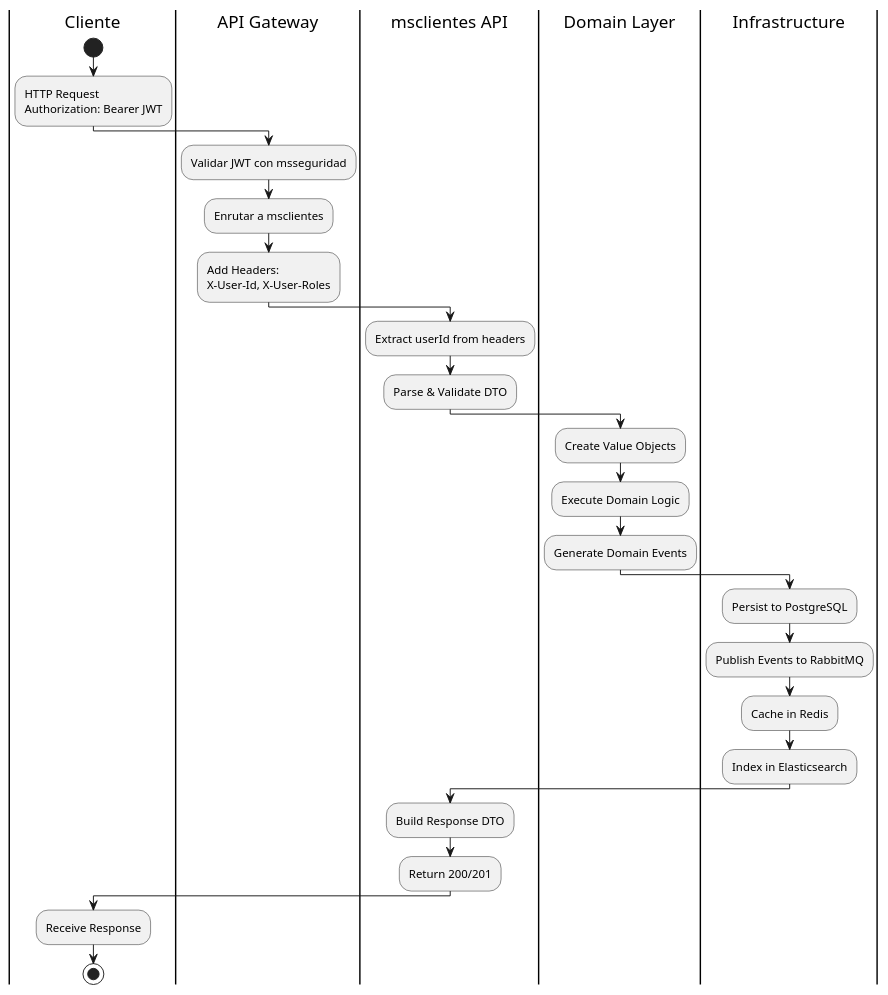
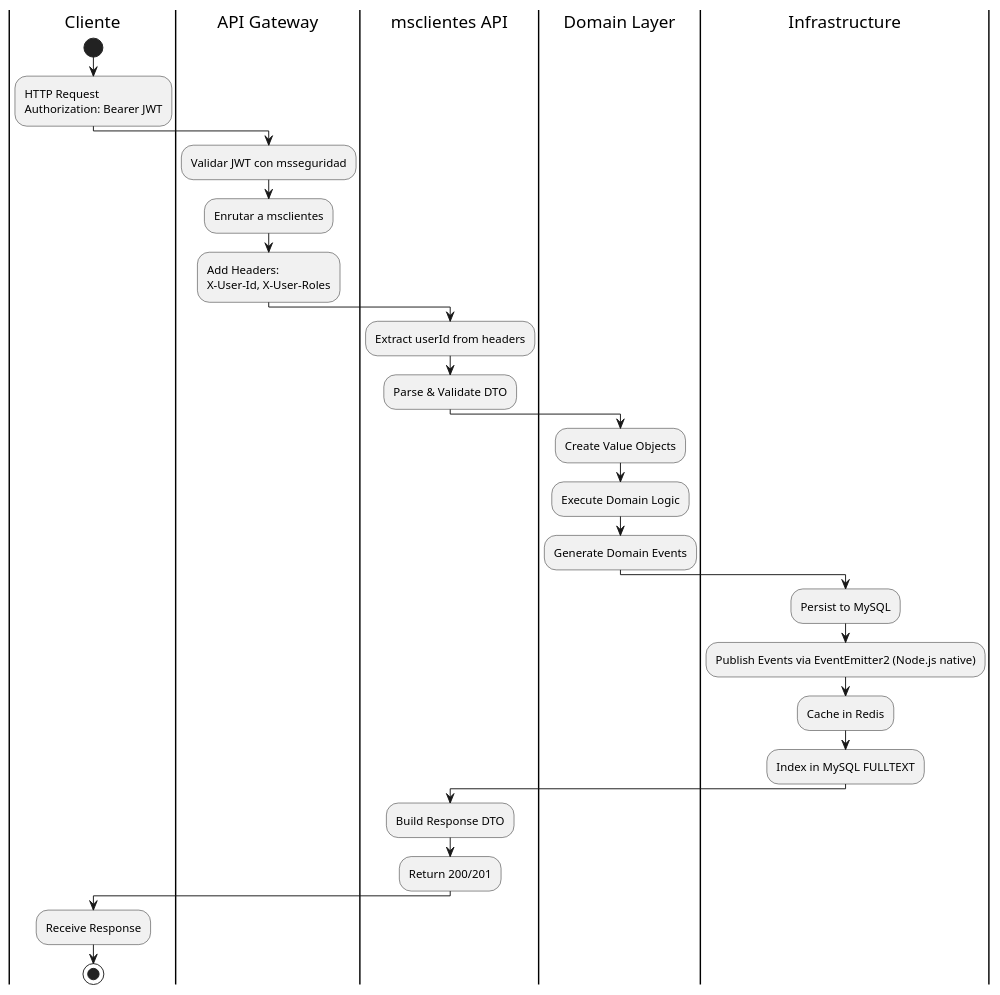
Before and after one commit to eugarte/msclientes: the third of 7 diagrams in docs/PROPUESTA_IMPLEMENTACION.md, drawn with PlantUML. The commit also changed other lines of this file, not shown here.

Commit message:
docs: actualizar stack a MySQL + componentes Node.js nativos

````diff
--- a/docs/PROPUESTA_IMPLEMENTACION.md
+++ b/docs/PROPUESTA_IMPLEMENTACION.md
@@ -185,40 +185,40 @@
 ```plantuml
 @startuml
 
 |Cliente|
 start
 :HTTP Request
 Authorization: Bearer JWT;
 
 |API Gateway|
 :Validar JWT con msseguridad;
 :Enrutar a msclientes;
 :Add Headers:
 X-User-Id, X-User-Roles;
 
 |msclientes API|
 :Extract userId from headers;
 :Parse & Validate DTO;
 
 |Domain Layer|
 :Create Value Objects;
 :Execute Domain Logic;
 :Generate Domain Events;
 
 |Infrastructure|
-:Persist to PostgreSQL;
-:Publish Events to RabbitMQ;
+:Persist to MySQL;
+:Publish Events via EventEmitter2 (Node.js native);
 :Cache in Redis;
-:Index in Elasticsearch;
+:Index in MySQL FULLTEXT;
 
 |msclientes API|
 :Build Response DTO;
 :Return 200/201;
 
 |Cliente|
 :Receive Response;
 
 stop
 
 @enduml
 ```
````
